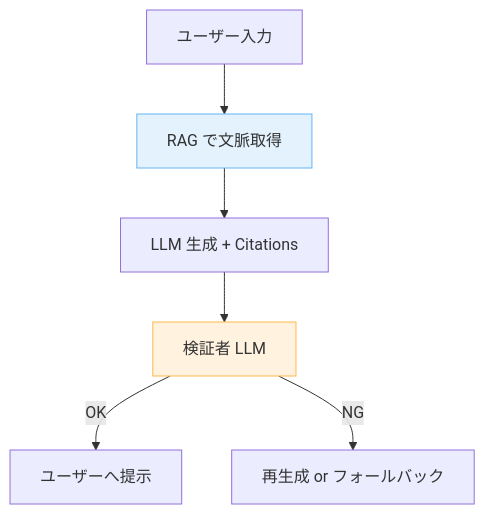
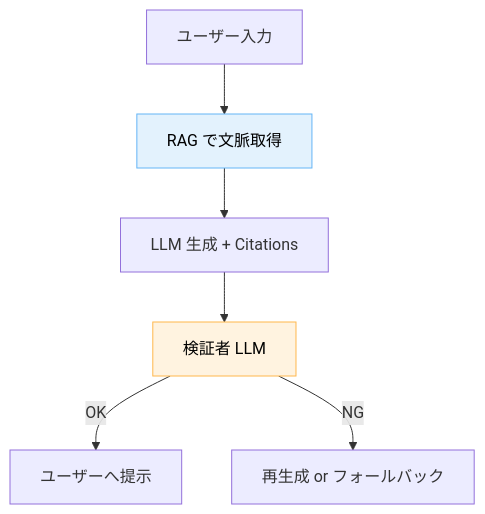
The third of 3 diagrams in docs/techniques/ハルシネーションを抑える-7-つの手法.md (dinekt/dinekt-wiki), drawn with Mermaid before and after one commit. The commit also changed other lines of this file and 71 other files, not shown here.

First line of the commit message:
fix: mermaid readability + remove GitHub repo toolbar

````diff
--- a/docs/techniques/ハルシネーションを抑える-7-つの手法.md
+++ b/docs/techniques/ハルシネーションを抑える-7-つの手法.md
@@ -109,11 +109,11 @@
 ```mermaid
 flowchart TD
     I[ユーザー入力] --> R[RAG で文脈取得]
     R --> L[LLM 生成 + Citations]
     L --> V[検証者 LLM]
     V -->|OK| O[ユーザーへ提示]
     V -->|NG| RG[再生成 or フォールバック]
 
-    style R fill:#e3f2fd,stroke:#64b5f6
-    style V fill:#fff3e0,stroke:#ffb74d
+    style R fill:#e3f2fd,stroke:#64b5f6,color:#000
+    style V fill:#fff3e0,stroke:#ffb74d,color:#000
 ```
````
